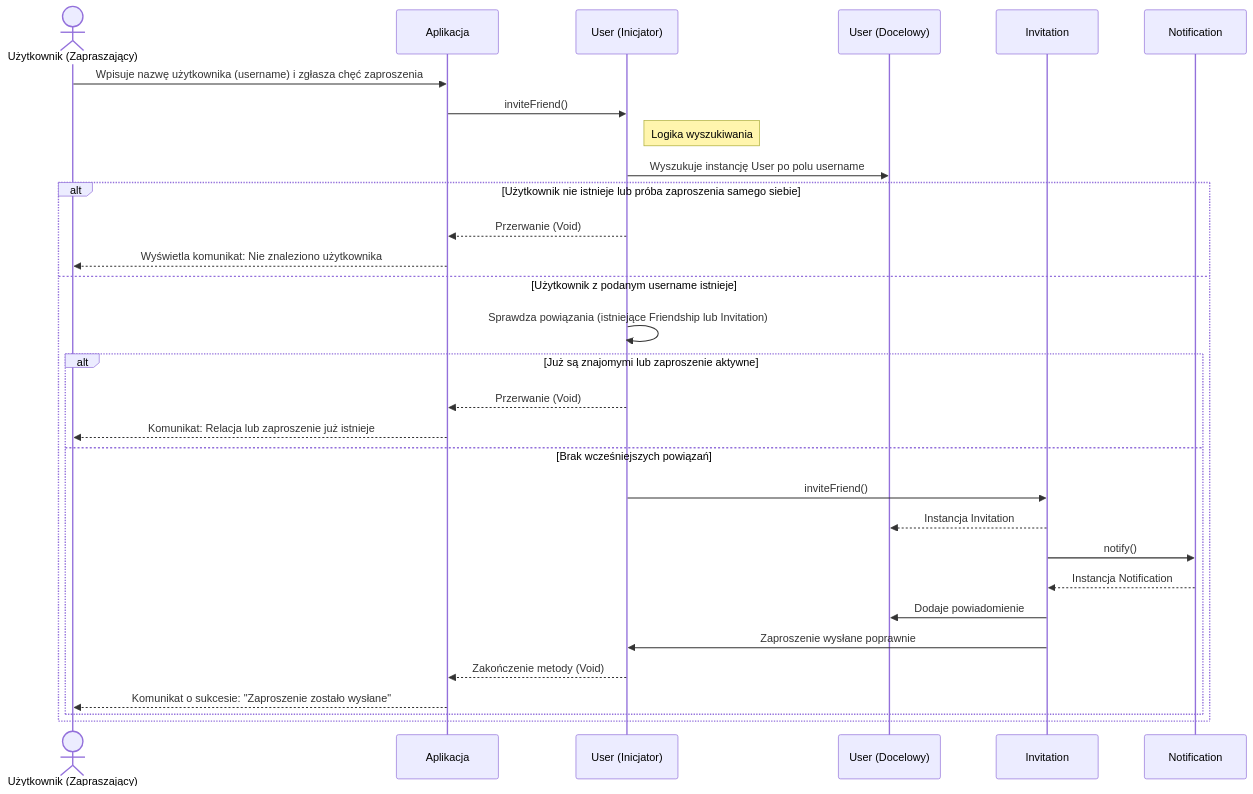
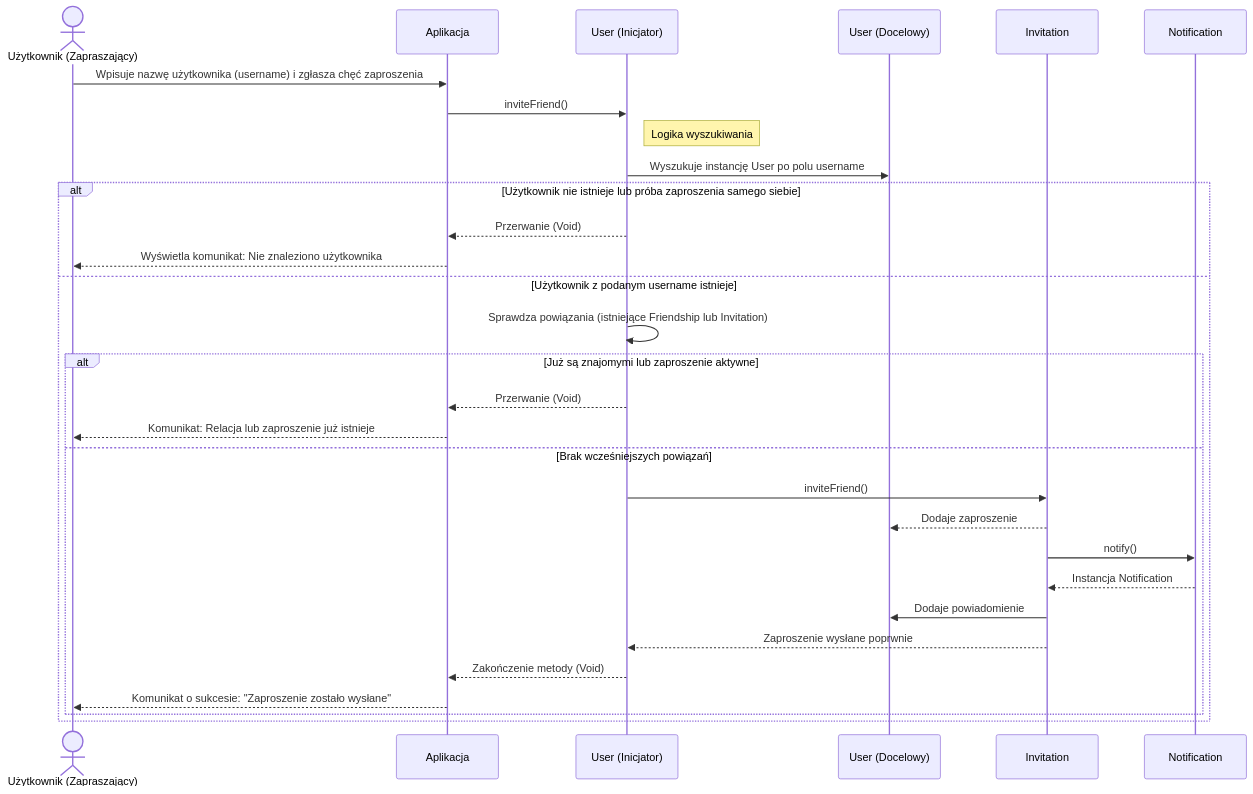
One commit to Tarnuchy/EggJob changed the diagram in docs/zadanie4/diagram-sekwencji-zaproszenie-do-znajomych.md. Above: the diagram before and after it, drawn with Mermaid.

````diff
--- a/docs/zadanie4/diagram-sekwencji-zaproszenie-do-znajomych.md
+++ b/docs/zadanie4/diagram-sekwencji-zaproszenie-do-znajomych.md
@@ -3,39 +3,39 @@
 ```mermaid
 sequenceDiagram
     actor UA as Użytkownik (Zapraszający)
     participant UI as Aplikacja
     participant UsrA as User (Inicjator)
     participant UsrB as User (Docelowy)
     participant Inv as Invitation
     participant Notif as Notification
 
     UA->>UI: Wpisuje nazwę użytkownika (username) i zgłasza chęć zaproszenia
     UI->>UsrA: inviteFriend()
 
     note right of UsrA: Logika wyszukiwania
     UsrA->>UsrB: Wyszukuje instancję User po polu username
     
     alt Użytkownik nie istnieje lub próba zaproszenia samego siebie
         UsrA-->>UI: Przerwanie (Void)
         UI-->>UA: Wyświetla komunikat: Nie znaleziono użytkownika
     else Użytkownik z podanym username istnieje
         UsrA->>UsrA: Sprawdza powiązania (istniejące Friendship lub Invitation)
         
         alt Już są znajomymi lub zaproszenie aktywne
             UsrA-->>UI: Przerwanie (Void)
             UI-->>UA: Komunikat: Relacja lub zaproszenie już istnieje
         else Brak wcześniejszych powiązań
             UsrA->>Inv: inviteFriend()
-            Inv-->>UsrB: Instancja Invitation
+            Inv-->>UsrB: Dodaje zaproszenie
 
             Inv ->> Notif: notify()
             Notif -->> Inv: Instancja Notification
             Inv ->> UsrB: Dodaje powiadomienie
 
-            Inv ->> UsrA: Zaproszenie wysłane poprawnie
+            Inv -->> UsrA: Zaproszenie wysłane poprwnie
             
             UsrA-->>UI: Zakończenie metody (Void)
             UI-->>UA: Komunikat o sukcesie: "Zaproszenie zostało wysłane"
         end
     end
 ```
````
